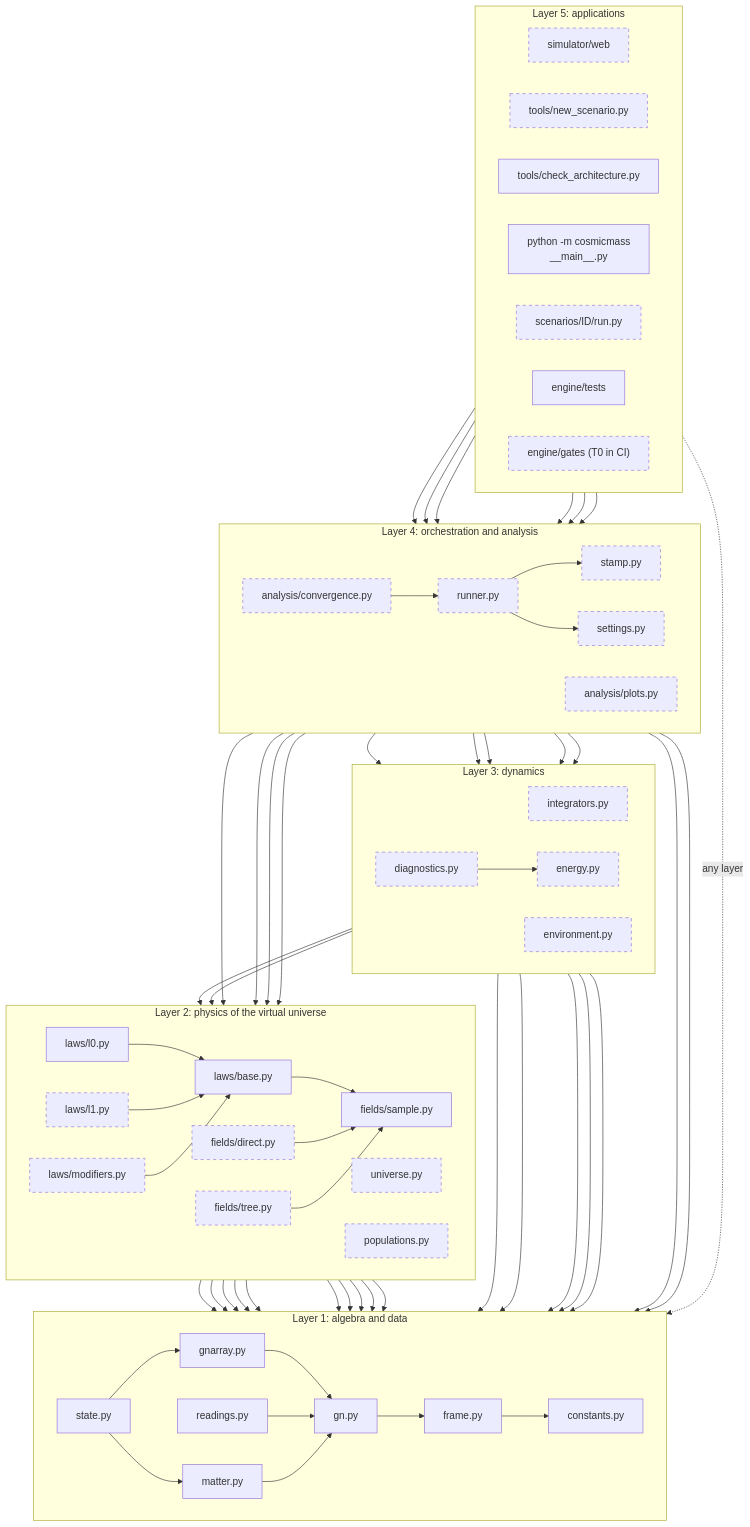
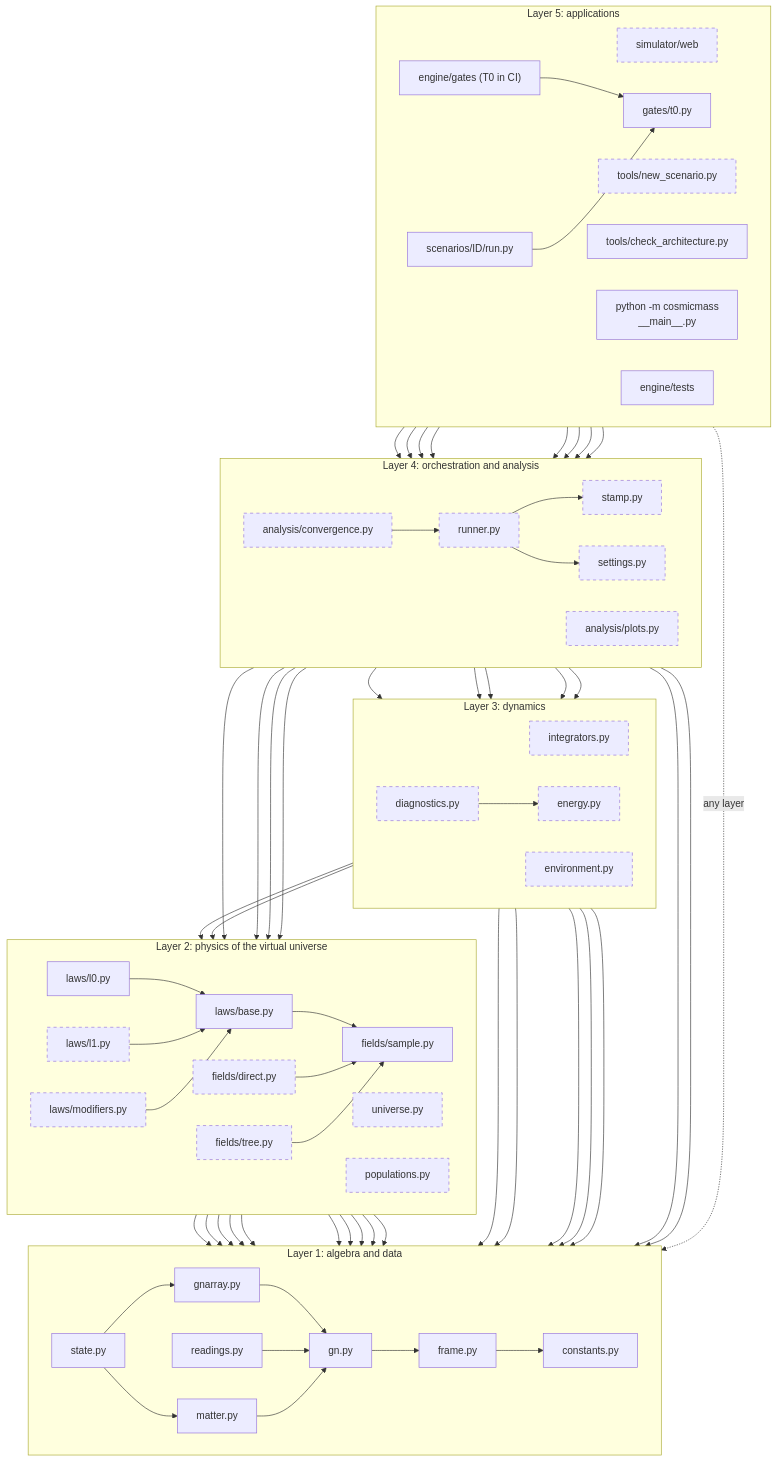
Before and after one commit to MostafaDerraz/cosmic-mass-lab: the second of 8 diagrams in ARCHITECTURE.md, drawn with Mermaid. The commit also changed other lines of this file and 11 other files, not shown here.

```diff
--- a/ARCHITECTURE.md
+++ b/ARCHITECTURE.md
@@ -125,9 +131,10 @@
         scaffold["tools/new_scenario.py"]:::planned
         archcheck["tools/check_architecture.py"]
         cli["python -m cosmicmass<br/>__main__.py"]
-        scen["scenarios/ID/run.py"]:::planned
+        scen["scenarios/ID/run.py"]
+        gate["gates/t0.py"]
         tests["engine/tests"]
-        gatetests["engine/gates (T0 in CI)"]:::planned
+        gatetests["engine/gates (T0 in CI)"]
     end
 
     subgraph L4["Layer 4: orchestration and analysis"]
@@ -174,7 +181,11 @@
     scen --> runner
     cli --> runner
     scen --> settings
-    gatetests --> runner
+    gatetests --> gate
+    scen --> gate
+    gate --> runner
+    gate --> settings
+    gate --> stamp
     tests -.->|"any layer"| gn
     webui --> runner
     scaffold --> settings
```
